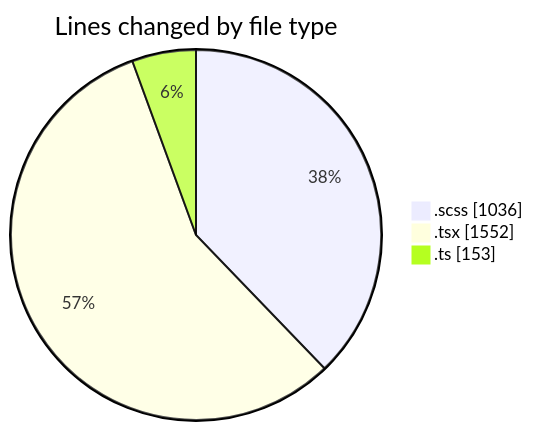
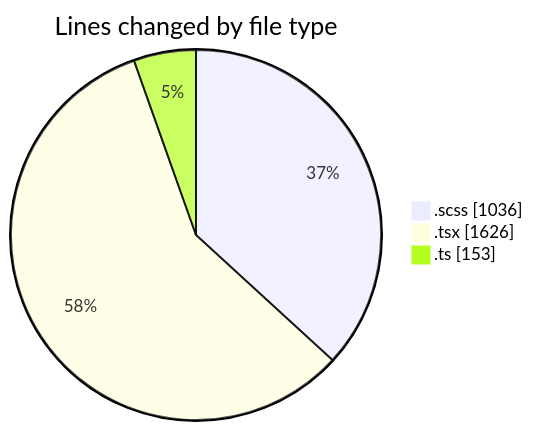
One commit to momahboobian/code-tracking changed the first of 2 diagrams in 2025-03-28/cda/README.md. Above: the diagram before and after it, drawn with Mermaid. The commit also changed other lines of this file and 1 other file, not shown here.

````diff
--- a/2025-03-28/cda/README.md
+++ b/2025-03-28/cda/README.md
@@ -27,7 +27,7 @@
 ```mermaid
 pie showData
 title Lines changed by file type
 ".scss" : 1036
-".tsx" : 1552
+".tsx" : 1626
 ".ts" : 153
 ```
````
